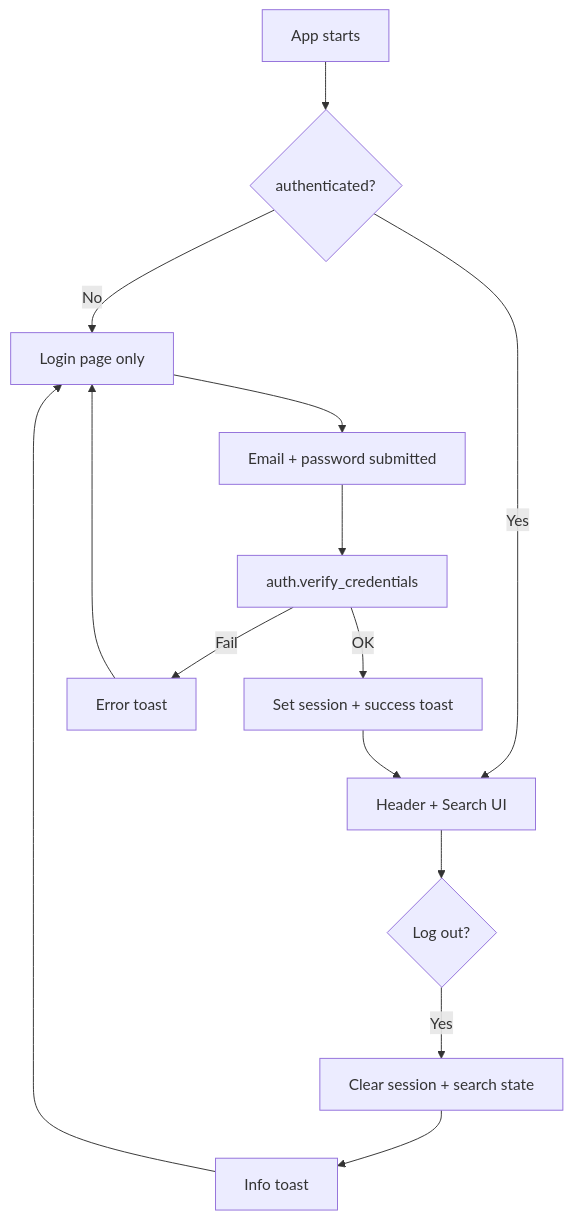
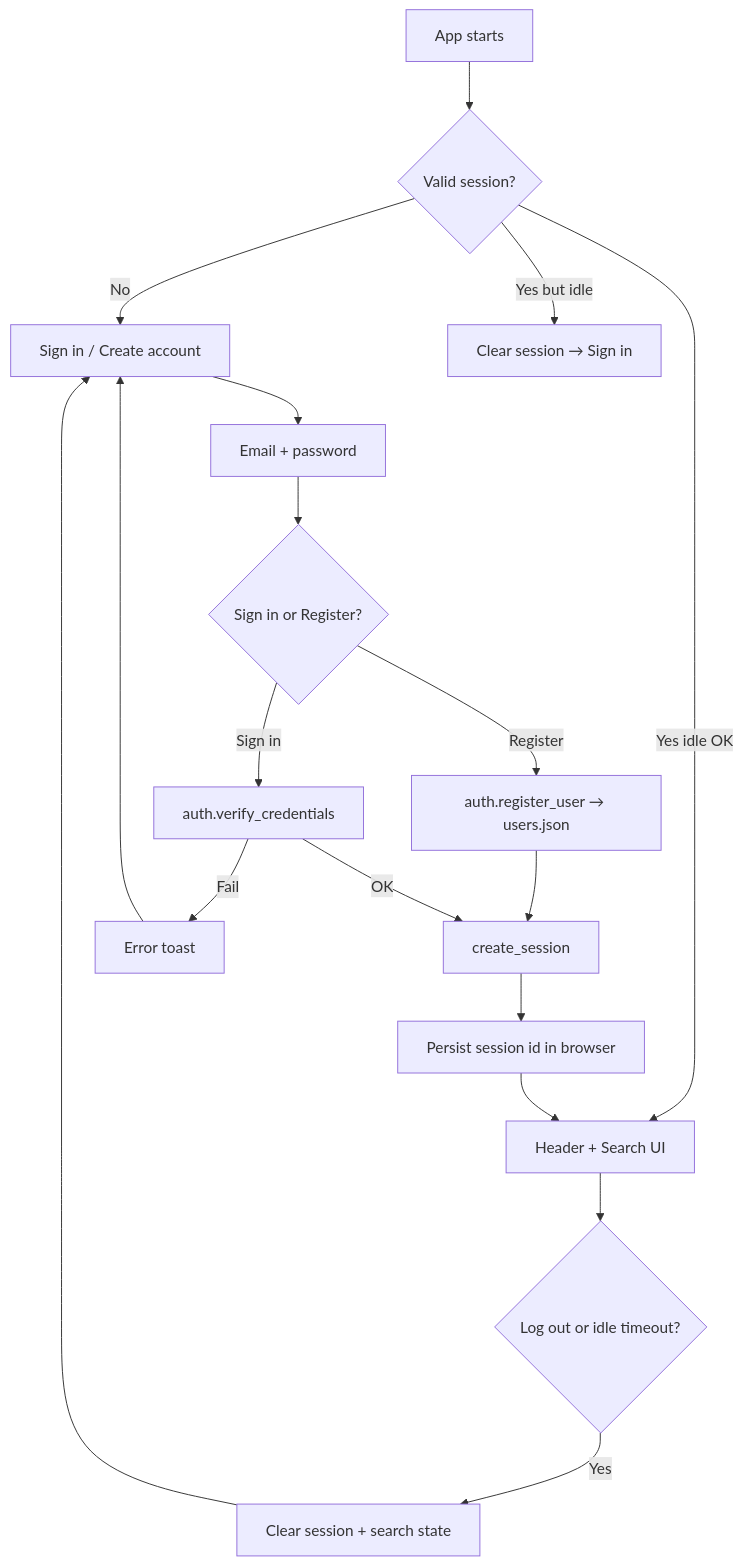
The first of 3 diagrams in docs/DATA_FLOW.md (kaajal-niranjan/search-engine), drawn with Mermaid before and after one commit. The commit also changed other lines of this file and 10 other files, not shown here.

````diff
--- a/docs/DATA_FLOW.md
+++ b/docs/DATA_FLOW.md
@@ -17,16 +17,20 @@
 ```mermaid
 flowchart TD
-    A[App starts] --> B{authenticated?}
-    B -->|No| C[Login page only]
-    B -->|Yes| D[Header + Search UI]
-    C --> E[Email + password submitted]
-    E --> F[auth.verify_credentials]
-    F -->|OK| G[Set session + success toast]
-    G --> D
-    F -->|Fail| H[Error toast]
-    H --> C
-    D --> I{Log out?}
-    I -->|Yes| J[Clear session + search state]
-    J --> K[Info toast]
+    A[App starts] --> B{Valid session?}
+    B -->|No| C[Sign in / Create account]
+    B -->|Yes idle OK| D[Header + Search UI]
+    B -->|Yes but idle| L[Clear session → Sign in]
+    C --> E[Email + password]
+    E --> F{Sign in or Register?}
+    F -->|Sign in| G[auth.verify_credentials]
+    F -->|Register| R[auth.register_user → users.json]
+    R --> G2[create_session]
+    G -->|OK| G2
+    G2 --> H[Persist session id in browser]
+    H --> D
+    G -->|Fail| I[Error toast]
+    I --> C
+    D --> J{Log out or idle timeout?}
+    J -->|Yes| K[Clear session + search state]
     K --> C
 ```
````
